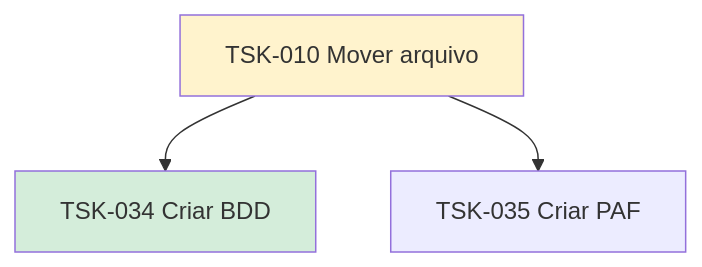
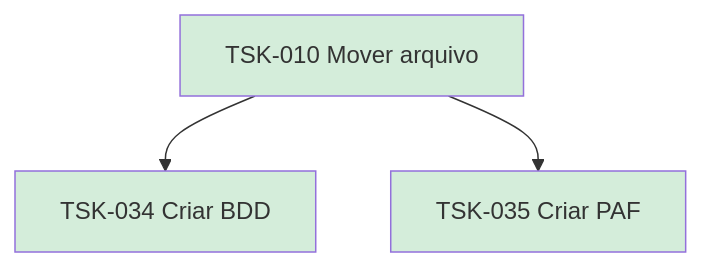
One commit to laerciogermano/workstation changed the diagram in flow/tasks/TSK-001-criar-epico/TSK-002-criar-as-historias/TSK-003-explorar/TSK-010-mover-arquivo-dragdrop/README.md. Above: the diagram before and after it, drawn with Mermaid. The commit also changed other lines of this file and 21 other files, not shown here.

````diff
--- a/flow/tasks/TSK-001-criar-epico/TSK-002-criar-as-historias/TSK-003-explorar/TSK-010-mover-arquivo-dragdrop/README.md
+++ b/flow/tasks/TSK-001-criar-epico/TSK-002-criar-as-historias/TSK-003-explorar/TSK-010-mover-arquivo-dragdrop/README.md
@@ -12,10 +12,11 @@
 ```mermaid
 flowchart TD
   T010[TSK-010 Mover arquivo]
   T034[TSK-034 Criar BDD]
   T035[TSK-035 Criar PAF]
   T010 --> T034
   T010 --> T035
-  style T010 fill:#fff3cd
+  style T010 fill:#d4edda
   style T034 fill:#d4edda
+  style T035 fill:#d4edda
 ```
````
